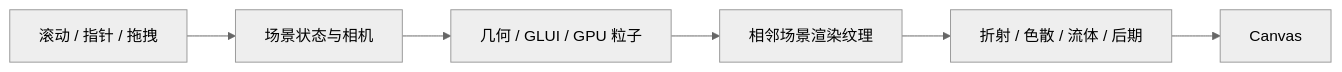
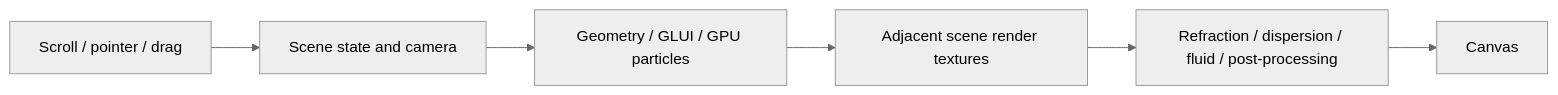
Before and after one commit to Mahavir2006/RGIT: the diagram in kitchen/RGIT/README.md, drawn with Mermaid (neutral theme). The commit also changed other lines of this file, not shown here.

````diff
--- a/kitchen/RGIT/README.md
+++ b/kitchen/RGIT/README.md
@@ -114,8 +114,8 @@
 ```mermaid
 flowchart LR
-  Input["滚动 / 指针 / 拖拽"] --> State["场景状态与相机"]
-  State --> Scene["几何 / GLUI / GPU 粒子"]
-  Scene --> Targets["相邻场景渲染纹理"]
-  Targets --> Optics["折射 / 色散 / 流体 / 后期"]
+  Input["Scroll / pointer / drag"] --> State["Scene state and camera"]
+  State --> Scene["Geometry / GLUI / GPU particles"]
+  Scene --> Targets["Adjacent scene render textures"]
+  Targets --> Optics["Refraction / dispersion / fluid / post-processing"]
   Optics --> Canvas["Canvas"]
 ```
````
